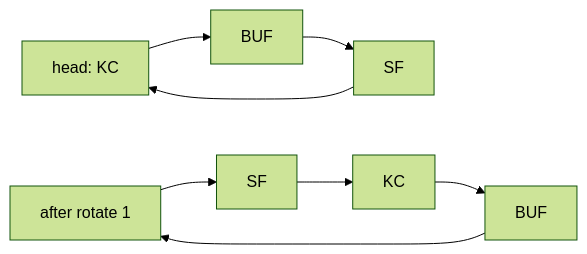
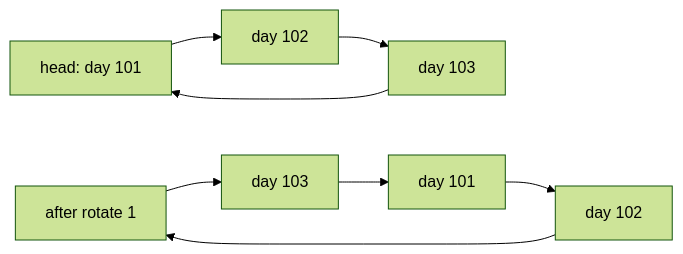
One commit to qgjones9/python-programming-guide changed the seventh of 8 diagrams in docs/dsa/data-structures/circularly-linked-list/index.md. Above: the diagram before and after it, drawn with Mermaid (forest theme). The commit also changed other lines of this file and 1 other file, not shown here.

````diff
--- a/docs/dsa/data-structures/circularly-linked-list/index.md
+++ b/docs/dsa/data-structures/circularly-linked-list/index.md
@@ -656,9 +648,9 @@
 ```mermaid
 flowchart LR
-  H1["head: KC"] --> B1["BUF"] --> S1["SF"]
+  H1["head: day 101"] --> B1["day 102"] --> S1["day 103"]
   S1 --> H1
-  H2["after rotate 1"] --> S2["SF"]
-  S2 --> H2b["KC"]
-  H2b --> B2["BUF"]
+  H2["after rotate 1"] --> S2["day 103"]
+  S2 --> H2b["day 101"]
+  H2b --> B2["day 102"]
   B2 --> H2
 ```
````
